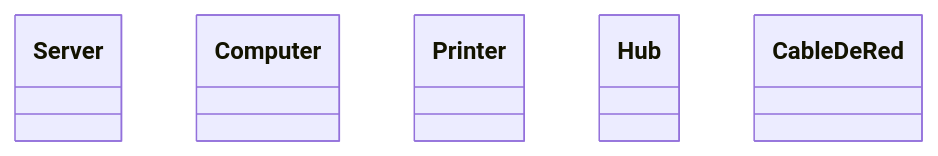
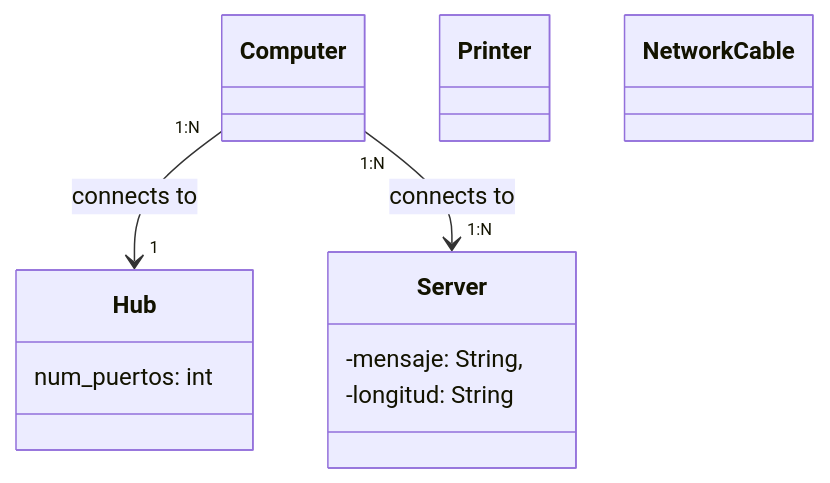
The diagram in ejercicios-aula/ejercicio3.mmd (Diogo-Santoro/CD_Tema2_Ejercicios), drawn with Mermaid before and after one commit. The commit also changed 2 other files, not shown here.

Commit message:
Agregar atributos de fecha en la clase Prestamo y completar el diagrama de clases en ejercicio 2

```diff
--- a/ejercicios-aula/ejercicio3.mmd
+++ b/ejercicios-aula/ejercicio3.mmd
@@ -1,14 +1,21 @@
 classDiagram
     class Server {
-
+        -mensaje: String,
+        -longitud: String
     }
     class Computer {
         
     }
     class Printer {
 
     }
     class Hub {
+        num_puertos: int
+        
+    }
+    class NetworkCable {
 
     }
-    class CableDeRed
+
+    Computer "1:N" --> "1" Hub : connects to
+    Computer "1:N" --> "1:N" Server : connects to
```
